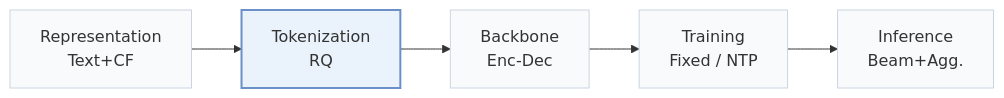
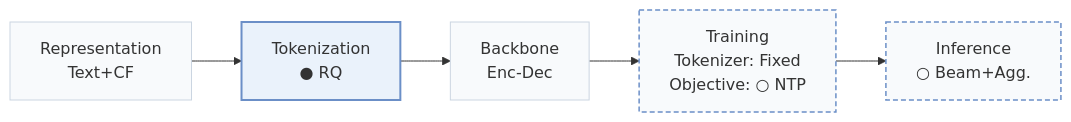
One commit to Galaxy-ghost/Awesome-SID-Generative-Rec changed the first of 2 diagrams in pages/papers/pctx.md. Above: the diagram before and after it, drawn with Mermaid. The commit also changed other lines of this file and 558 other files, not shown here.

````diff
--- a/pages/papers/pctx.md
+++ b/pages/papers/pctx.md
@@ -15,8 +18,10 @@
 ```mermaid
 flowchart LR
-    R["Representation<br/>Text+CF"] --> T["Tokenization<br/>RQ"] --> B["Backbone<br/>Enc-Dec"] --> TR["Training<br/>Fixed / NTP"] --> I["Inference<br/>Beam+Agg."]
+    R["Representation<br/>Text+CF"] --> T["Tokenization<br/>● RQ"] --> B["Backbone<br/>Enc-Dec"] --> TR["Training<br/>Tokenizer: Fixed<br/>Objective: ○ NTP"] --> I["Inference<br/>○ Beam+Agg."]
     classDef base fill:#f8fafc,stroke:#cbd5e1
     class R,T,B,TR,I base
+    classDef other fill:#f8fafc,stroke:#6b8fc7,stroke-width:1.5px,stroke-dasharray:5 3
+    class TR,I other
     classDef main fill:#eaf2fb,stroke:#6b8fc7,stroke-width:2px
     class T main
 ```
````
